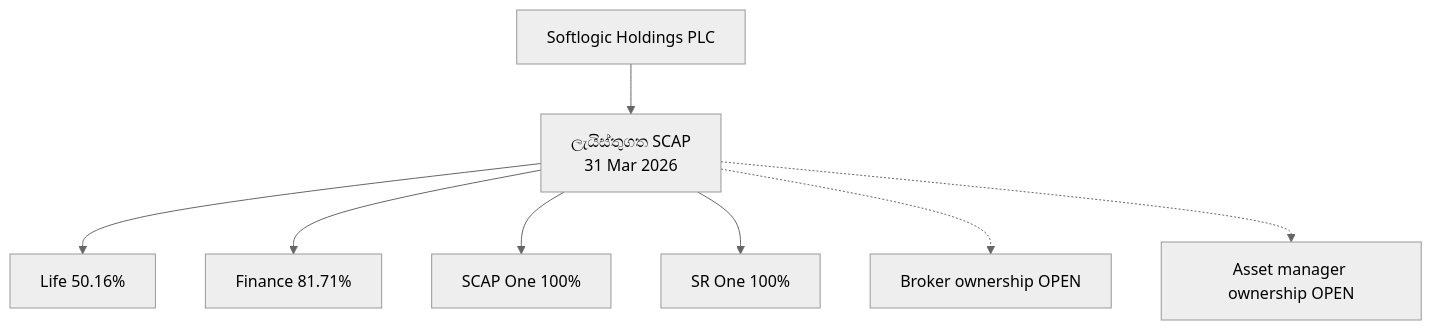
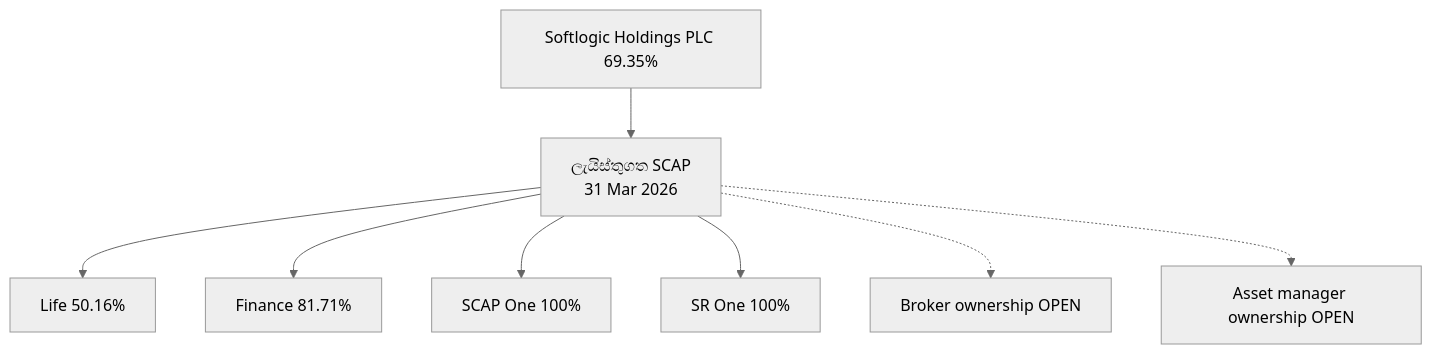
Before and after one commit to Gajarthan/SCAP-N0000-Research: the first of 15 diagrams in si/01-Fundamental-Analysis/01-Business-Analysis/VISUAL-REPORT.md, drawn with Mermaid (neutral theme). The commit also changed other lines of this file and 8 other files, not shown here.

````diff
--- a/si/01-Fundamental-Analysis/01-Business-Analysis/VISUAL-REPORT.md
+++ b/si/01-Fundamental-Analysis/01-Business-Analysis/VISUAL-REPORT.md
@@ -31,10 +33,10 @@
 ```mermaid
 flowchart TB
-  H["Softlogic Holdings PLC"] --> P["ලැයිස්තුගත SCAP\n31 Mar 2026"]
+  H["Softlogic Holdings PLC 69.35%"] --> P["ලැයිස්තුගත SCAP\n31 Mar 2026"]
   P --> L["Life 50.16%"]
   P --> F["Finance 81.71%"]
   P --> O["SCAP One 100%"]
   P --> R["SR One 100%"]
   P -.-> B["Broker ownership OPEN"]
   P -.-> A["Asset manager ownership OPEN"]
 ```
````
